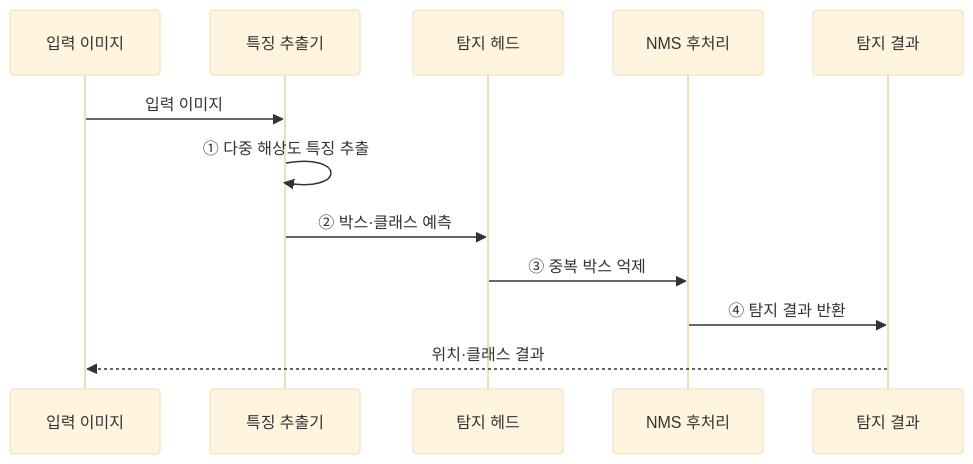
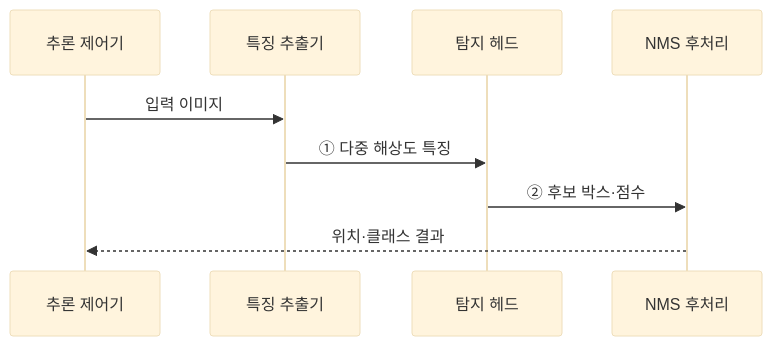
Before and after one commit to agnusdei1207/knowledge-base: the second of 2 diagrams in src/content/docs/notes/01-basic-theory/055_object_detection.md, drawn with Mermaid (base theme). The commit also changed other lines of this file and 10 other files, not shown here.

````diff
--- a/src/content/docs/notes/01-basic-theory/055_object_detection.md
+++ b/src/content/docs/notes/01-basic-theory/055_object_detection.md
@@ -87,14 +74,11 @@
 ```mermaid
 sequenceDiagram
-    participant I as 입력 이미지
+    participant T as 추론 제어기
     participant F as 특징 추출기
     participant H as 탐지 헤드
     participant N as NMS 후처리
-    participant Y as 탐지 결과
-    I->>F: 입력 이미지
-    F->>F: ① 다중 해상도 특징 추출
-    F->>H: ② 박스·클래스 예측
-    H->>N: ③ 중복 박스 억제
-    N->>Y: ④ 탐지 결과 반환
-    Y-->>I: 위치·클래스 결과
+    T->>F: 입력 이미지
+    F->>H: ① 다중 해상도 특징
+    H->>N: ② 후보 박스·점수
+    N-->>T: 위치·클래스 결과
 ```
````
